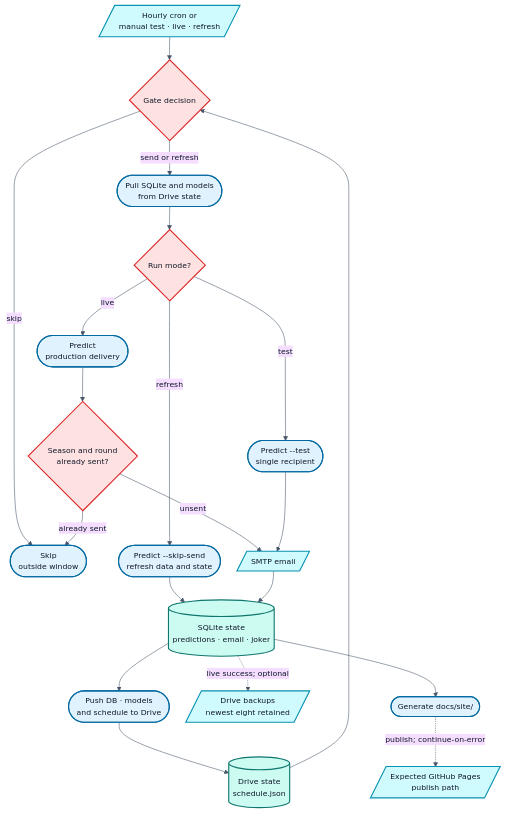
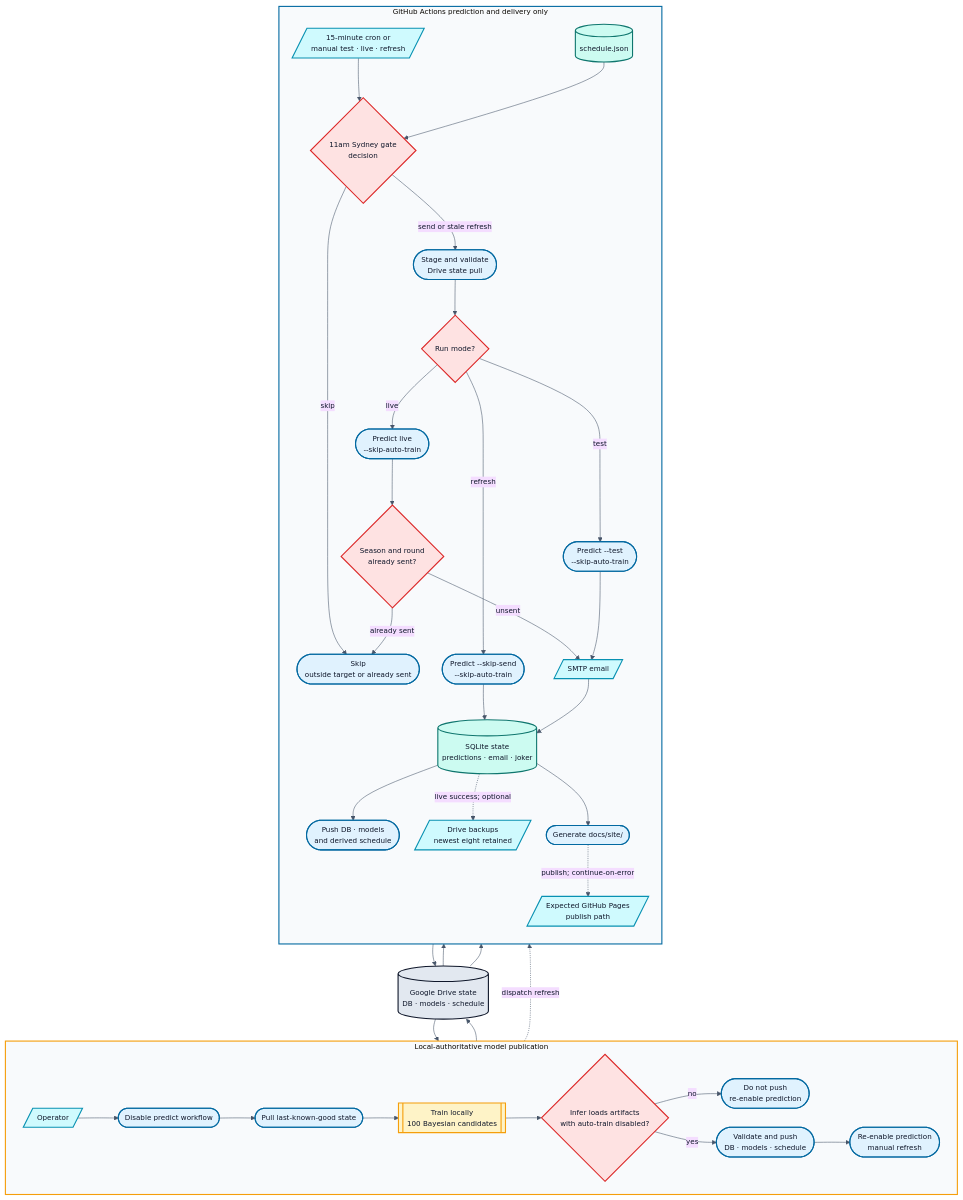
One commit to levonrush/footy-tipper changed the diagram in docs/diagrams/operations-state.mmd. Above: the diagram before and after it, drawn with Mermaid. The commit also changed 29 other files, not shown here.

Commit message:
Move production training to local hardware

```diff
--- a/docs/diagrams/operations-state.mmd
+++ b/docs/diagrams/operations-state.mmd
@@ -1,49 +1,83 @@
-%%{init: {"theme":"base","flowchart":{"curve":"basis","nodeSpacing":30,"rankSpacing":42},"themeVariables":{"fontFamily":"Inter, Arial, sans-serif","fontSize":"14px","primaryTextColor":"#0F172A","lineColor":"#475569","background":"transparent"}}}%%
+%%{init: {"theme":"base","flowchart":{"curve":"basis","nodeSpacing":28,"rankSpacing":40},"themeVariables":{"fontFamily":"Inter, Arial, sans-serif","fontSize":"13px","primaryTextColor":"#0F172A","lineColor":"#475569","background":"transparent"}}}%%
 flowchart TB
-  TRIGGER[/Hourly cron or<br/>manual test · live · refresh/]
-  SCHEDULE[(Drive state<br/>schedule.json)]
-  GATE{Gate decision}
-  SKIP([Skip<br/>outside window])
-  PULL([Pull SQLite and models<br/>from Drive state])
-  MODE{Run mode?}
-  REFRESH([Predict --skip-send<br/>refresh data and state])
-  TEST([Predict --test<br/>single recipient])
-  LIVE([Predict<br/>production delivery])
-  LEDGER{Season and round<br/>already sent?}
-  EMAIL[/SMTP email/]
-  DB[(SQLite state<br/>predictions · email · joker)]
-  PUSH([Push DB · models<br/>and schedule to Drive])
-  BACKUP[/Drive backups<br/>newest eight retained/]
-  SITE([Generate docs/site/])
-  PAGES[/Expected GitHub Pages<br/>publish path/]
+  DRIVE[(Google Drive state<br/>DB · models · schedule)]
 
-  TRIGGER --> GATE
-  SCHEDULE --> GATE
-  GATE -->|skip| SKIP
-  GATE -->|send or refresh| PULL
-  PULL --> MODE
-  MODE -->|refresh| REFRESH
-  MODE -->|test| TEST
-  MODE -->|live| LIVE
-  LIVE --> LEDGER
-  LEDGER -->|already sent| SKIP
-  LEDGER -->|unsent| EMAIL
-  TEST --> EMAIL
-  REFRESH --> DB
-  EMAIL --> DB
-  DB --> PUSH
-  DB -.->|live success; optional| BACKUP
-  DB --> SITE
-  SITE -.->|publish; continue-on-error| PAGES
-  PUSH --> SCHEDULE
+  subgraph LOCAL[Local-authoritative model publication]
+    direction LR
+    OP[/Operator/]
+    PAUSE([Disable predict workflow])
+    LPULL([Pull last-known-good state])
+    TRAIN[[Train locally<br/>100 Bayesian candidates]]
+    CHECK{Infer loads artifacts<br/>with auto-train disabled?}
+    HOLD([Do not push<br/>re-enable prediction])
+    LPUSH([Validate and push<br/>DB · models · schedule])
+    RESUME([Re-enable prediction<br/>manual refresh])
+
+    OP --> PAUSE --> LPULL --> TRAIN --> CHECK
+    CHECK -->|no| HOLD
+    CHECK -->|yes| LPUSH --> RESUME
+  end
+
+  DRIVE --> LPULL
+  LPUSH --> DRIVE
+
+  subgraph CLOUD[GitHub Actions prediction and delivery only]
+    direction TB
+    TRIGGER[/15-minute cron or<br/>manual test · live · refresh/]
+    SCHEDULE[(schedule.json)]
+    GATE{11am Sydney gate<br/>decision}
+    SKIP([Skip<br/>outside target or already sent])
+    PULL([Stage and validate<br/>Drive state pull])
+    MODE{Run mode?}
+    REFRESH([Predict --skip-send<br/>--skip-auto-train])
+    TEST([Predict --test<br/>--skip-auto-train])
+    LIVE([Predict live<br/>--skip-auto-train])
+    LEDGER{Season and round<br/>already sent?}
+    EMAIL[/SMTP email/]
+    DB[(SQLite state<br/>predictions · email · joker)]
+    PUSH([Push DB · models<br/>and derived schedule])
+    BACKUP[/Drive backups<br/>newest eight retained/]
+    SITE([Generate docs/site/])
+    PAGES[/Expected GitHub Pages<br/>publish path/]
+
+    TRIGGER --> GATE
+    SCHEDULE --> GATE
+    GATE -->|skip| SKIP
+    GATE -->|send or stale refresh| PULL
+    PULL --> MODE
+    MODE -->|refresh| REFRESH
+    MODE -->|test| TEST
+    MODE -->|live| LIVE
+    LIVE --> LEDGER
+    LEDGER -->|already sent| SKIP
+    LEDGER -->|unsent| EMAIL
+    TEST --> EMAIL
+    REFRESH --> DB
+    EMAIL --> DB
+    DB --> PUSH
+    DB -.->|live success; optional| BACKUP
+    DB --> SITE
+    SITE -.->|publish; continue-on-error| PAGES
+  end
+
+  DRIVE --> SCHEDULE
+  DRIVE --> PULL
+  PUSH --> DRIVE
+  RESUME -.->|dispatch refresh| TRIGGER
 
   classDef source fill:#CFFAFE,stroke:#0891B2,color:#0F172A,stroke-width:2px;
   classDef process fill:#E0F2FE,stroke:#0369A1,color:#0F172A,stroke-width:2px;
   classDef data fill:#CCFBF1,stroke:#0F766E,color:#0F172A,stroke-width:2px;
+  classDef model fill:#FEF3C7,stroke:#F59E0B,color:#0F172A,stroke-width:2px;
   classDef decision fill:#FEE2E2,stroke:#DC2626,color:#0F172A,stroke-width:2px;
   classDef state fill:#E2E8F0,stroke:#0F172A,color:#0F172A,stroke-width:2px;
 
-  class TRIGGER,EMAIL,BACKUP,PAGES source;
-  class SKIP,PULL,REFRESH,TEST,LIVE,PUSH,SITE process;
+  class OP,TRIGGER,EMAIL,BACKUP,PAGES source;
+  class PAUSE,LPULL,HOLD,LPUSH,RESUME,SKIP,PULL,REFRESH,TEST,LIVE,PUSH,SITE process;
   class SCHEDULE,DB data;
-  class GATE,MODE,LEDGER decision;
+  class TRAIN model;
+  class CHECK,GATE,MODE,LEDGER decision;
+  class DRIVE state;
+
+  style LOCAL fill:#F8FAFC,stroke:#F59E0B,stroke-width:2px
+  style CLOUD fill:#F8FAFC,stroke:#0369A1,stroke-width:2px
```
